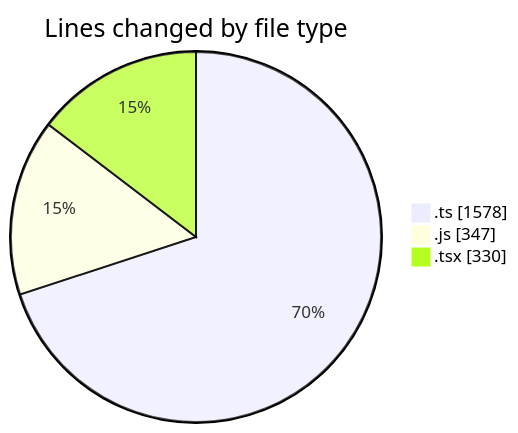
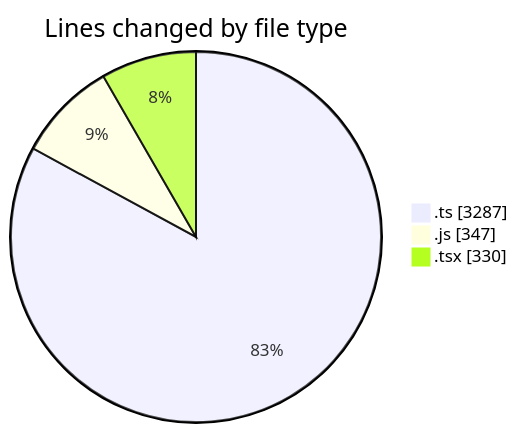
One commit to momahboobian/code-tracking changed the first of 2 diagrams in 2025-12-16/cda/README.md. Above: the diagram before and after it, drawn with Mermaid. The commit also changed other lines of this file and 1 other file, not shown here.

````diff
--- a/2025-12-16/cda/README.md
+++ b/2025-12-16/cda/README.md
@@ -24,7 +25,7 @@
 ```mermaid
 pie showData
 title Lines changed by file type
-".ts" : 1578
+".ts" : 3287
 ".js" : 347
 ".tsx" : 330
 ```
````
